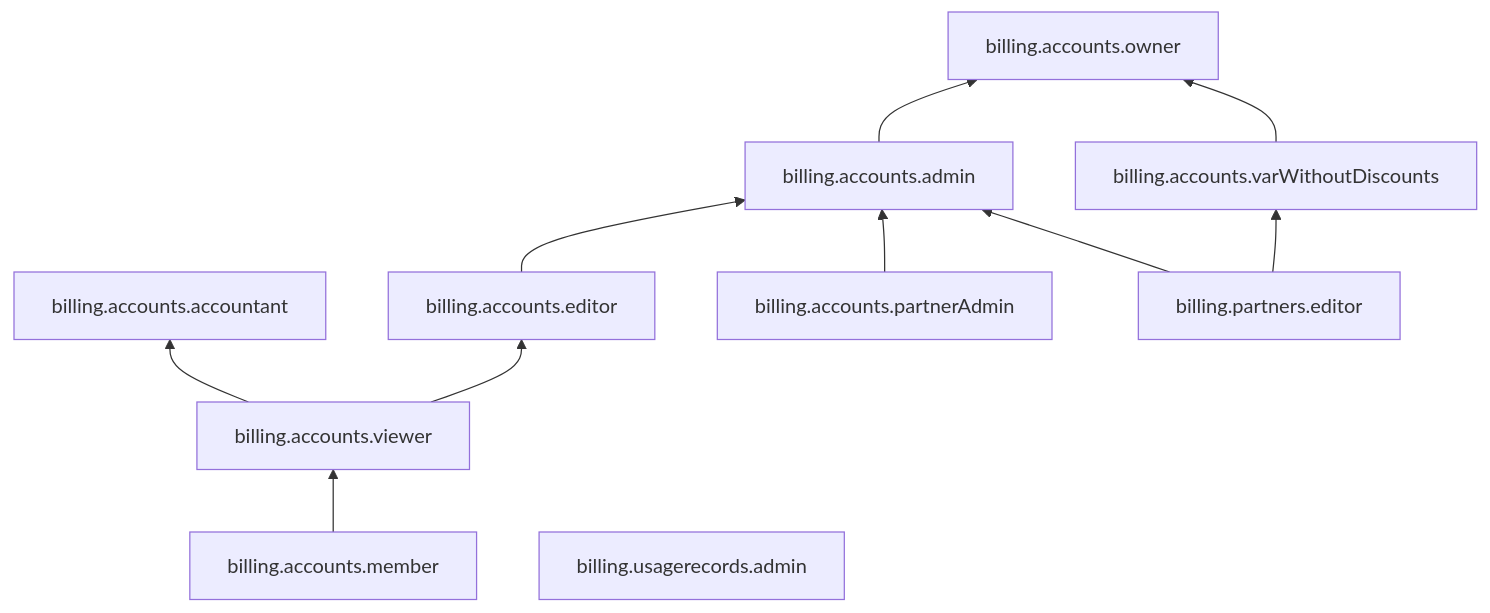
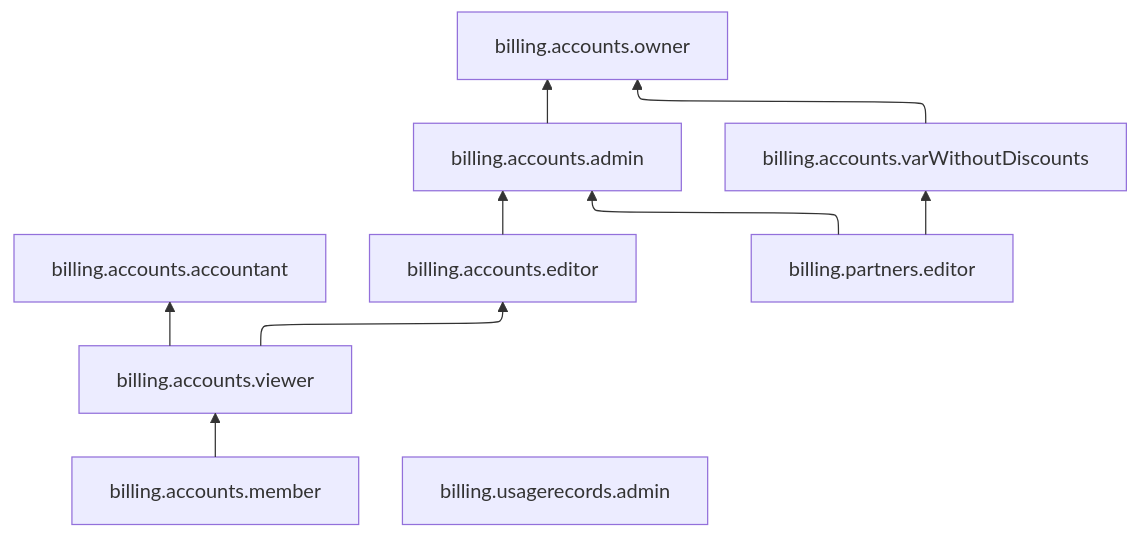
Before and after one commit to yandex-cloud/docs: the diagram in en/_mermaid/roles/billing.md, drawn with Mermaid. The commit also changed 314 other files, not shown here.

````diff
--- a/en/_mermaid/roles/billing.md
+++ b/en/_mermaid/roles/billing.md
@@ -1,13 +1,17 @@
 ```mermaid
+---
+config:
+  flowchart:
+    defaultRenderer: elk
+---
 flowchart BT
     billing.accounts.viewer --> billing.accounts.accountant
     billing.accounts.viewer --> billing.accounts.editor
     billing.accounts.editor --> billing.accounts.admin
-    billing.accounts.partnerAdmin --> billing.accounts.admin
     billing.partners.editor --> billing.accounts.admin
     billing.partners.editor --> billing.accounts.varWithoutDiscounts
     billing.accounts.admin --> billing.accounts.owner
     billing.accounts.varWithoutDiscounts --> billing.accounts.owner
     billing.accounts.member --> billing.accounts.viewer
     billing.usagerecords.admin
 ```
````
